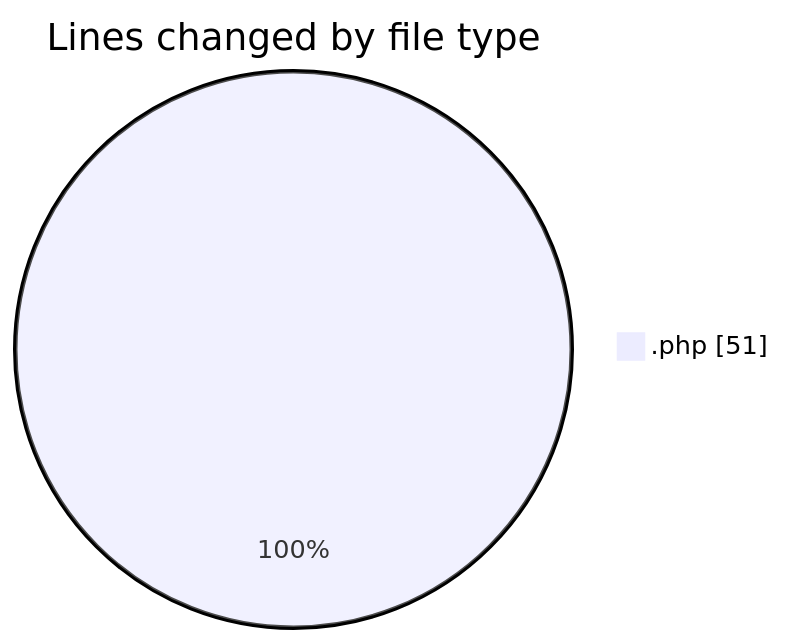
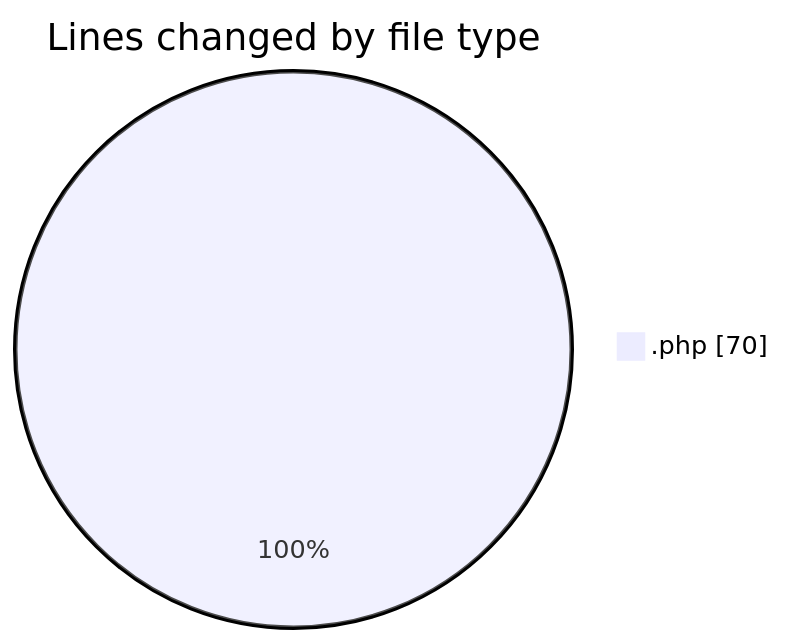
One commit to LanceThiago/code-tracking changed the first of 2 diagrams in 2026-04-23/oficina/README.md. Above: the diagram before and after it, drawn with Mermaid. The commit also changed other lines of this file and 1 other file, not shown here.

````diff
--- a/2026-04-23/oficina/README.md
+++ b/2026-04-23/oficina/README.md
@@ -20,5 +20,5 @@
 ```mermaid
 pie showData
 title Lines changed by file type
-".php" : 51
+".php" : 70
 ```
````
